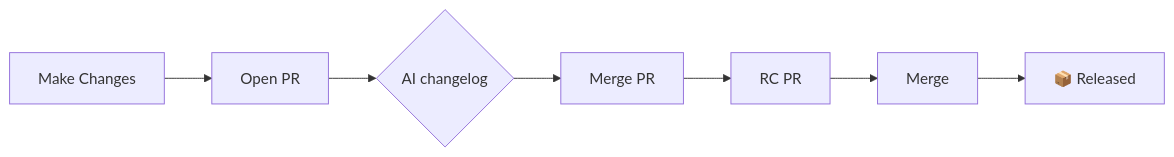
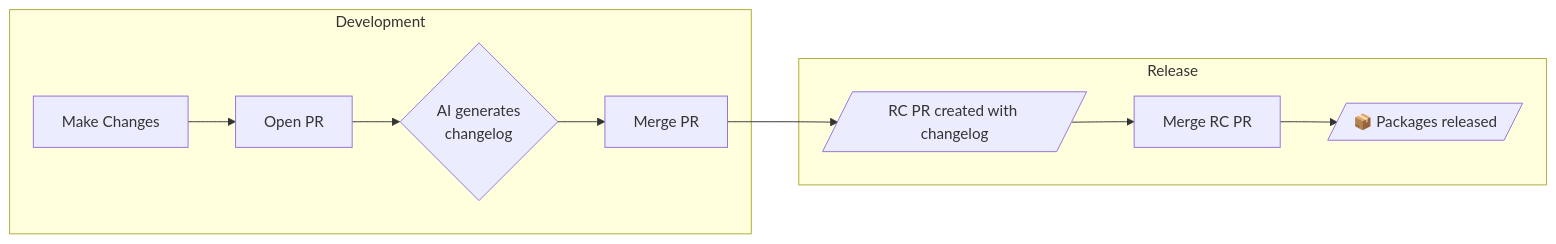
The diagram in README.md (wevm/changelogs-rs), drawn with Mermaid before and after one commit.

Commit message:
docs: revert to horizontal flowchart with subgraphs
Amp-Thread-ID: https://ampcode.com/threads/T-019c20b2-1d60-7519-849d-cce0d8b11977

````diff
--- a/README.md
+++ b/README.md
@@ -36,4 +36,13 @@
 ```mermaid
 flowchart LR
-    A[Make Changes] --> B[Open PR] --> C{AI changelog} --> D[Merge PR] --> E[RC PR] --> F[Merge] --> G[📦 Released]
+    subgraph Development
+        A[Make Changes] --> B[Open PR]
+        B --> C{AI generates<br/>changelog}
+        C --> D[Merge PR]
+    end
+    subgraph Release
+        D --> E[/RC PR created with changelog/]
+        E --> F[Merge RC PR]
+        F --> G[/📦 Packages released/]
+    end
 ```
````
